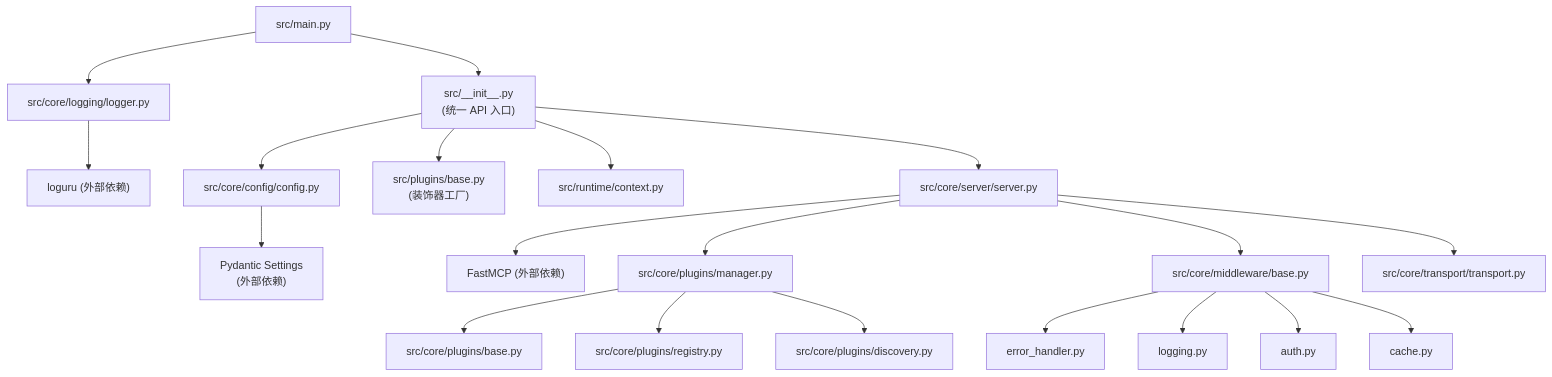
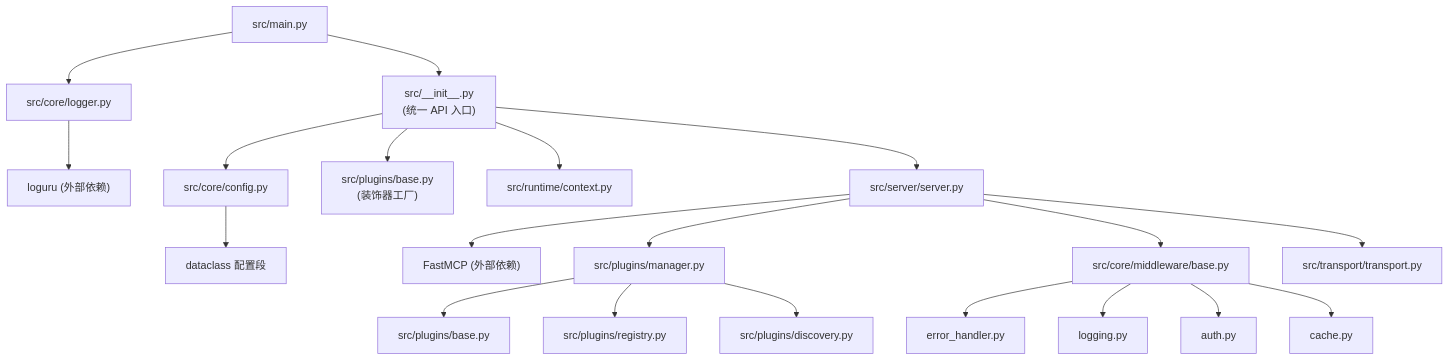
The fourth of 4 diagrams in README.md (chain-engine/x-QiuChi), drawn with Mermaid before and after one commit. The commit also changed other lines of this file and 50 other files, not shown here.

````diff
--- a/README.md
+++ b/README.md
@@ -172,26 +165,26 @@
 ```mermaid
 flowchart TD
     A["src/main.py"] --> B["src/__init__.py<br/>(统一 API 入口)"]
-    A --> K["src/core/logging/logger.py"]
+    A --> K["src/core/logger.py"]
     K --> K1["loguru (外部依赖)"]
 
-    B --> C["src/core/server/server.py"]
+    B --> C["src/server/server.py"]
     B --> G["src/plugins/base.py<br/>(装饰器工厂)"]
     B --> H["src/runtime/context.py"]
-    B --> I["src/core/config/config.py"]
-    I --> I1["Pydantic Settings<br/>(外部依赖)"]
+    B --> I["src/core/config.py"]
+    I --> I1["dataclass 配置段"]
 
     C --> C1["FastMCP (外部依赖)"]
-    C --> D["src/core/plugins/manager.py"]
+    C --> D["src/plugins/manager.py"]
     C --> E["src/core/middleware/base.py"]
-    C --> F["src/core/transport/transport.py"]
+    C --> F["src/transport/transport.py"]
 
-    D --> D1["src/core/plugins/base.py"]
-    D --> D2["src/core/plugins/registry.py"]
-    D --> D3["src/core/plugins/discovery.py"]
+    D --> D1["src/plugins/base.py"]
+    D --> D2["src/plugins/registry.py"]
+    D --> D3["src/plugins/discovery.py"]
 
     E --> E1["error_handler.py"]
     E --> E2["logging.py"]
     E --> E3["auth.py"]
     E --> E4["cache.py"]
 ```
````
